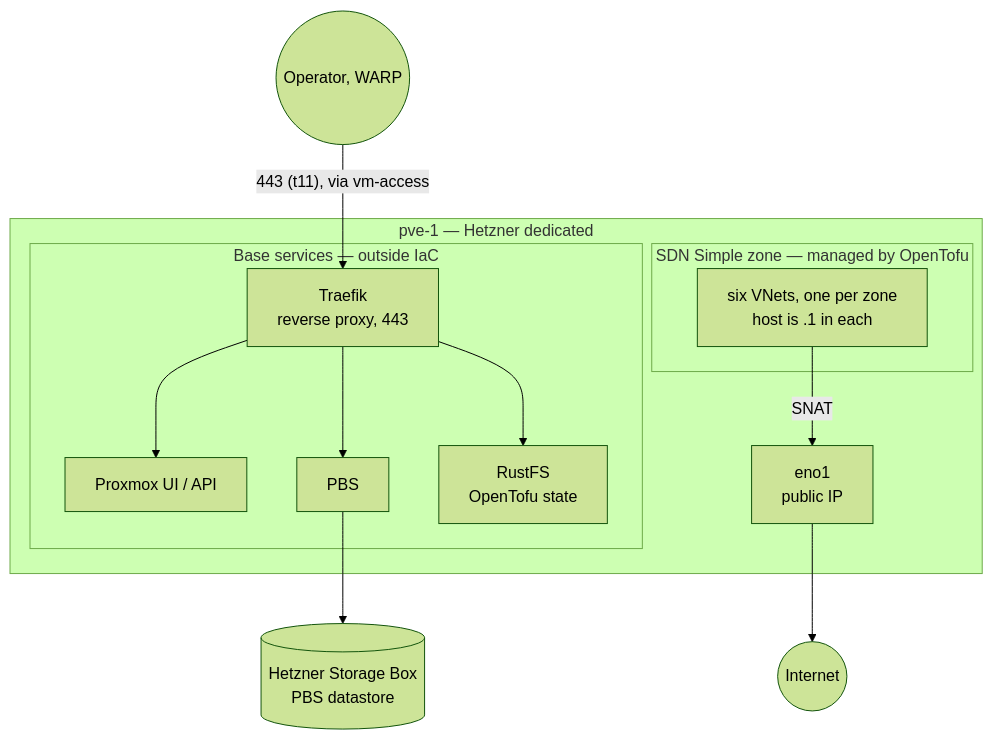
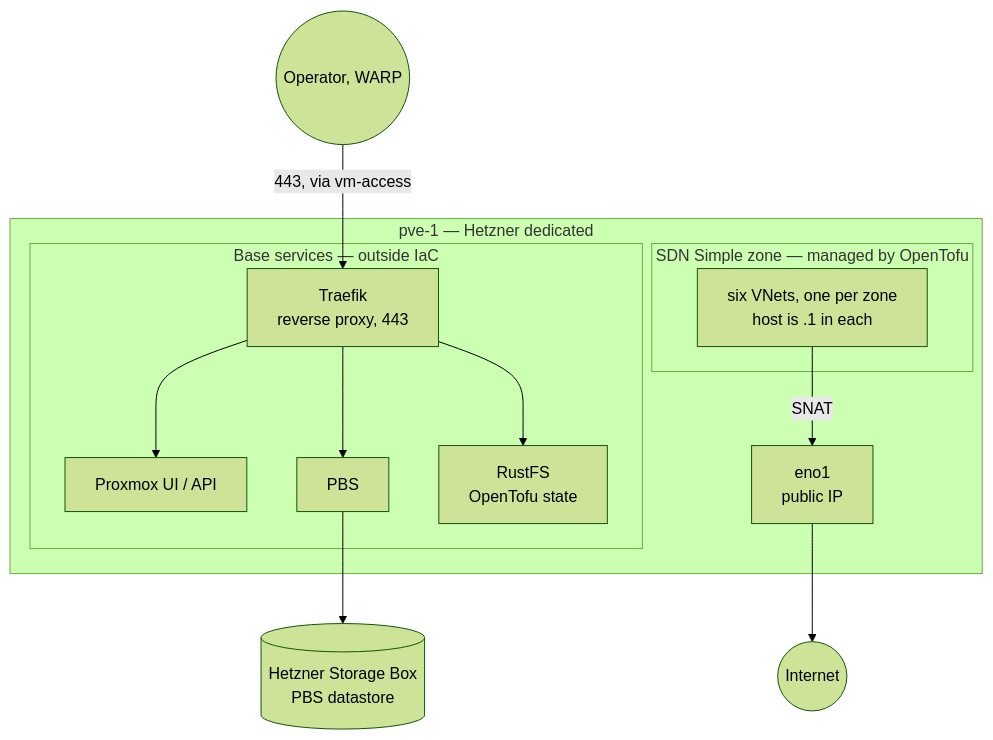
One commit to 0xc0-homelab/infrastructure changed the first of 6 diagrams in docs/architecture.md. Above: the diagram before and after it, drawn with Mermaid (forest theme). The commit also changed other lines of this file and 17 other files, not shown here.

````diff
--- a/docs/architecture.md
+++ b/docs/architecture.md
@@ -17,28 +19,28 @@
 ```mermaid
 flowchart TB
   internet(("Internet"))
 
   subgraph host["pve-1 — Hetzner dedicated"]
     eno1["eno1<br/>public IP"]
 
     subgraph base["Base services — outside IaC"]
       traefik["Traefik<br/>reverse proxy, 443"]
       pveui["Proxmox UI / API"]
       pbs["PBS"]
       rustfs["RustFS<br/>OpenTofu state"]
     end
 
     subgraph sdn["SDN Simple zone — managed by OpenTofu"]
       zones["six VNets, one per zone<br/>host is .1 in each"]
     end
   end
 
   sbox[("Hetzner Storage Box<br/>PBS datastore")]
 
-  operator(("Operator, WARP")) -- "443 (t11), via vm-access" --> traefik
+  operator(("Operator, WARP")) -- "443, via vm-access" --> traefik
   traefik --> pveui
   traefik --> pbs
   traefik --> rustfs
   pbs --> sbox
   zones -- "SNAT" --> eno1 --> internet
 ```
````
